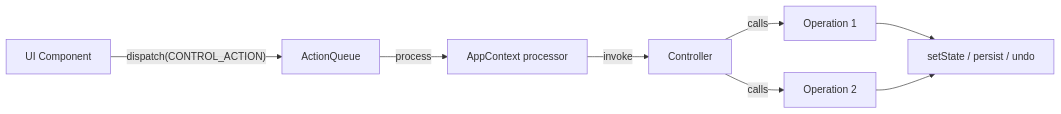
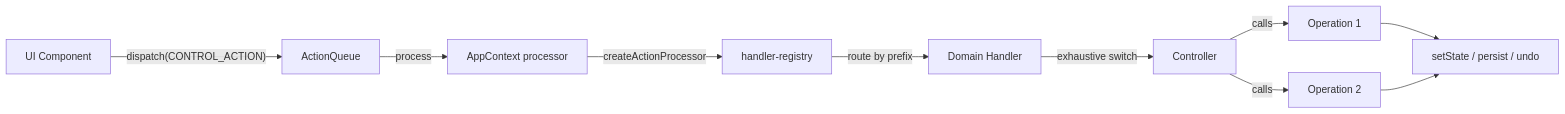
The diagram in .cursor/rules/vayeate-theme-studio-action-queue.mdc (Dangerdan9631/Vayeate), drawn with Mermaid before and after one commit. The commit also changed other lines of this file and 12 other files, not shown here.

````diff
--- a/.cursor/rules/vayeate-theme-studio-action-queue.mdc
+++ b/.cursor/rules/vayeate-theme-studio-action-queue.mdc
@@ -31,10 +32,12 @@
 ```mermaid
 flowchart LR
   UI[UI Component] -->|"dispatch(CONTROL_ACTION)"| Queue[ActionQueue]
   Queue -->|"process"| Context[AppContext processor]
-  Context -->|"invoke"| Controller[Controller]
+  Context -->|"createActionProcessor"| Registry[handler-registry]
+  Registry -->|"route by prefix"| Handler[Domain Handler]
+  Handler -->|"exhaustive switch"| Controller[Controller]
   Controller -->|"calls"| Op1[Operation 1]
   Controller -->|"calls"| Op2[Operation 2]
   Op1 --> State[setState / persist / undo]
   Op2 --> State
 ```
````
